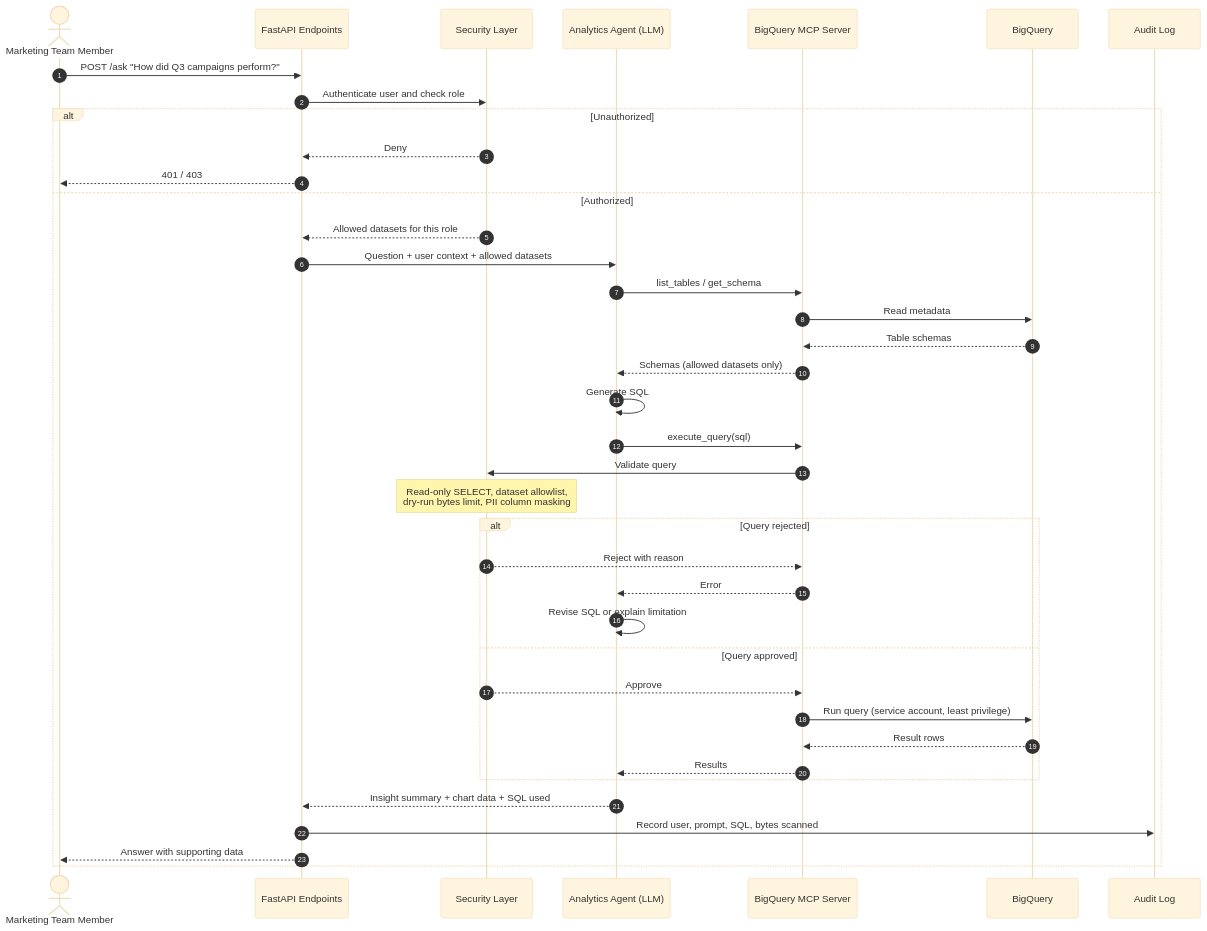
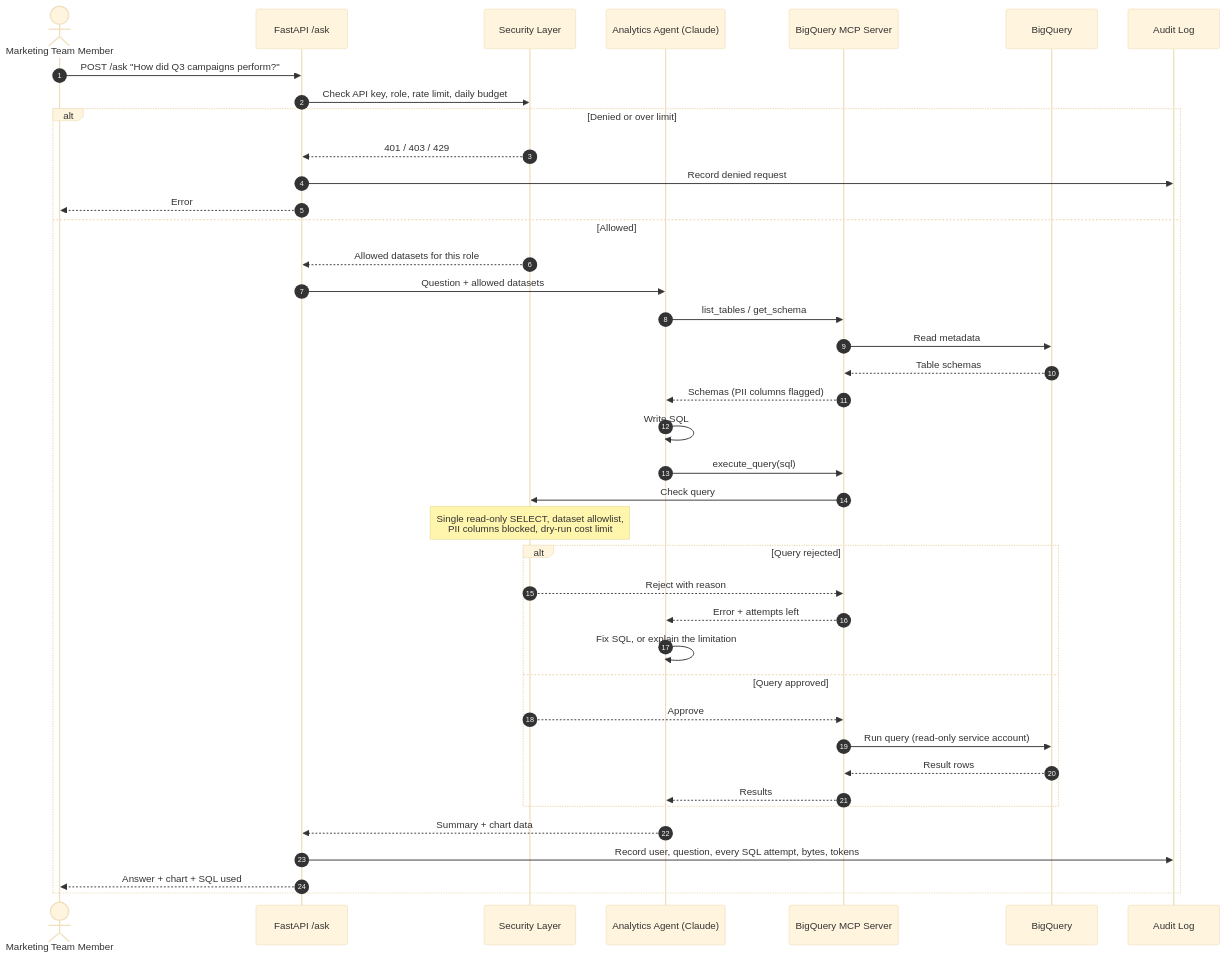
Before and after one commit to poku0857643/Mkt_Analytic_Agent: the first of 2 diagrams in README.md, drawn with Mermaid (base theme). The commit also changed other lines of this file, not shown here.

````diff
--- a/README.md
+++ b/README.md
@@ -5,44 +46,43 @@
 ```mermaid
-%% Workflow Diagram
 sequenceDiagram
     autonumber
     actor U as Marketing Team Member
-    participant API as FastAPI Endpoints
+    participant API as FastAPI /ask
     participant SEC as Security Layer
-    participant AG as Analytics Agent (LLM)
+    participant AG as Analytics Agent (Claude)
     participant MCP as BigQuery MCP Server
     participant BQ as BigQuery
     participant LOG as Audit Log
 
     U->>API: POST /ask "How did Q3 campaigns perform?"
-    API->>SEC: Authenticate user and check role
-    alt Unauthorized
-        SEC-->>API: Deny
-        API-->>U: 401 / 403
-    else Authorized
+    API->>SEC: Check API key, role, rate limit, daily budget
+    alt Denied or over limit
+        SEC-->>API: 401 / 403 / 429
+        API->>LOG: Record denied request
+        API-->>U: Error
+    else Allowed
         SEC-->>API: Allowed datasets for this role
-        API->>AG: Question + user context + allowed datasets
+        API->>AG: Question + allowed datasets
         AG->>MCP: list_tables / get_schema
         MCP->>BQ: Read metadata
         BQ-->>MCP: Table schemas
-        MCP-->>AG: Schemas (allowed datasets only)
-        AG->>AG: Generate SQL
+        MCP-->>AG: Schemas (PII columns flagged)
+        AG->>AG: Write SQL
         AG->>MCP: execute_query(sql)
-        MCP->>SEC: Validate query
-        Note over SEC: Read-only SELECT, dataset allowlist,<br/>dry-run bytes limit, PII column masking
+        MCP->>SEC: Check query
+        Note over SEC: Single read-only SELECT, dataset allowlist,<br/>PII columns blocked, dry-run cost limit
         alt Query rejected
             SEC-->>MCP: Reject with reason
-            MCP-->>AG: Error
-            AG->>AG: Revise SQL or explain limitation
+            MCP-->>AG: Error + attempts left
+            AG->>AG: Fix SQL, or explain the limitation
         else Query approved
             SEC-->>MCP: Approve
-            MCP->>BQ: Run query (service account, least privilege)
+            MCP->>BQ: Run query (read-only service account)
             BQ-->>MCP: Result rows
             MCP-->>AG: Results
         end
-        AG-->>API: Insight summary + chart data + SQL used
-        API->>LOG: Record user, prompt, SQL, bytes scanned
-        API-->>U: Answer with supporting data
+        AG-->>API: Summary + chart data
+        API->>LOG: Record user, question, every SQL attempt, bytes, tokens
+        API-->>U: Answer + chart + SQL used
     end
-
-``` 
+```
````
